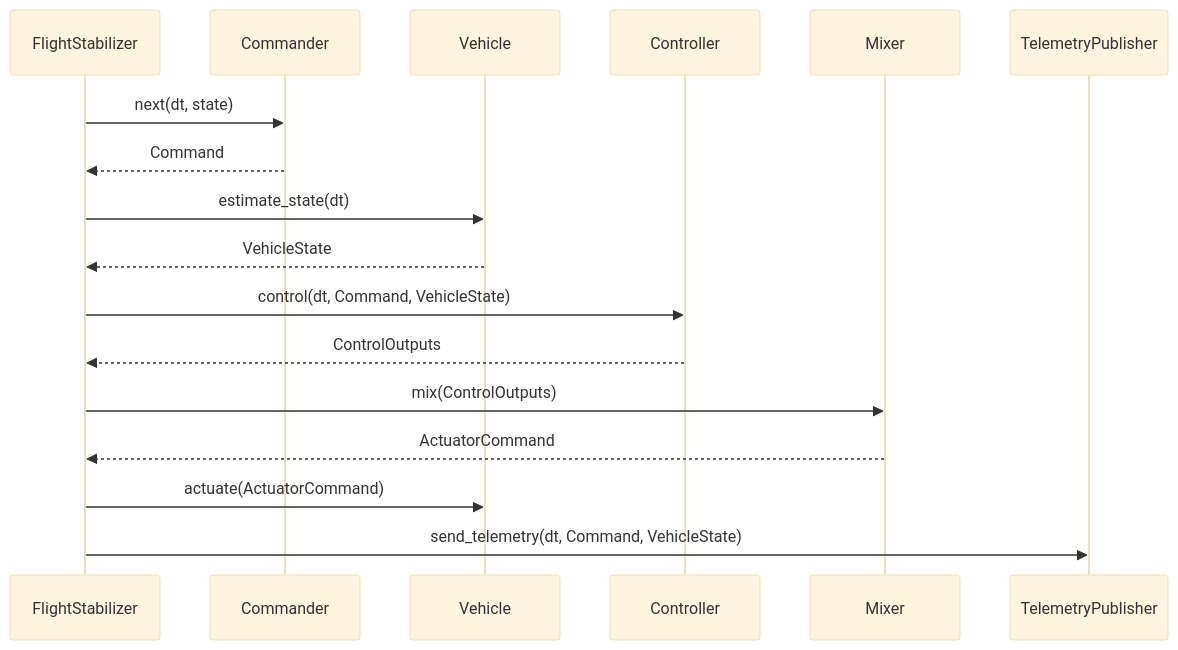
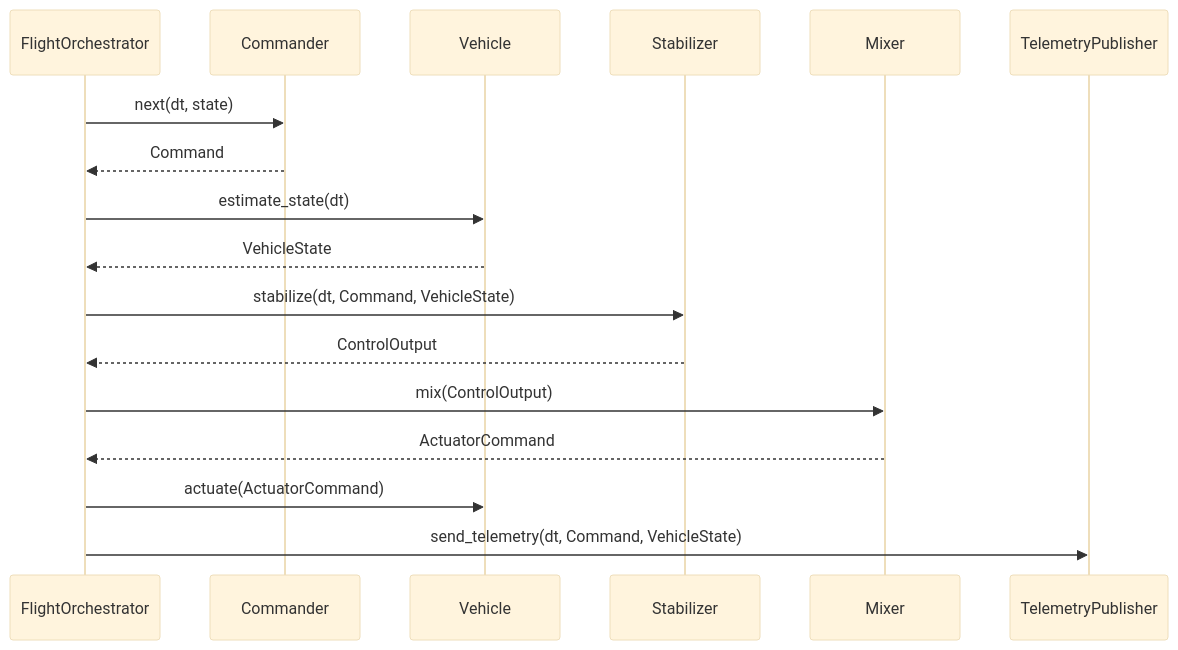
One commit to wboayue/stable-flight changed the diagram in architecture.md. Above: the diagram before and after it, drawn with Mermaid (base theme). The commit also changed other lines of this file, not shown here.

First line of the commit message:
Fix stale architecture.md references

````diff
--- a/architecture.md
+++ b/architecture.md
@@ -19,20 +19,20 @@
 ```mermaid
 sequenceDiagram
-    participant FlightStabilizer
+    participant FlightOrchestrator
     participant Commander
     participant Vehicle
-    participant Controller
+    participant Stabilizer
     participant Mixer
     participant TelemetryPublisher
 
-    FlightStabilizer->>Commander: next(dt, state)
-    Commander-->>FlightStabilizer: Command
-    FlightStabilizer->>Vehicle: estimate_state(dt)
-    Vehicle-->>FlightStabilizer: VehicleState
-    FlightStabilizer->>Controller: control(dt, Command, VehicleState)
-    Controller-->>FlightStabilizer: ControlOutputs
-    FlightStabilizer->>Mixer: mix(ControlOutputs)
-    Mixer-->>FlightStabilizer: ActuatorCommand
-    FlightStabilizer->>Vehicle: actuate(ActuatorCommand)
-    FlightStabilizer->>TelemetryPublisher: send_telemetry(dt, Command, VehicleState)
+    FlightOrchestrator->>Commander: next(dt, state)
+    Commander-->>FlightOrchestrator: Command
+    FlightOrchestrator->>Vehicle: estimate_state(dt)
+    Vehicle-->>FlightOrchestrator: VehicleState
+    FlightOrchestrator->>Stabilizer: stabilize(dt, Command, VehicleState)
+    Stabilizer-->>FlightOrchestrator: ControlOutput
+    FlightOrchestrator->>Mixer: mix(ControlOutput)
+    Mixer-->>FlightOrchestrator: ActuatorCommand
+    FlightOrchestrator->>Vehicle: actuate(ActuatorCommand)
+    FlightOrchestrator->>TelemetryPublisher: send_telemetry(dt, Command, VehicleState)
 ```
````
